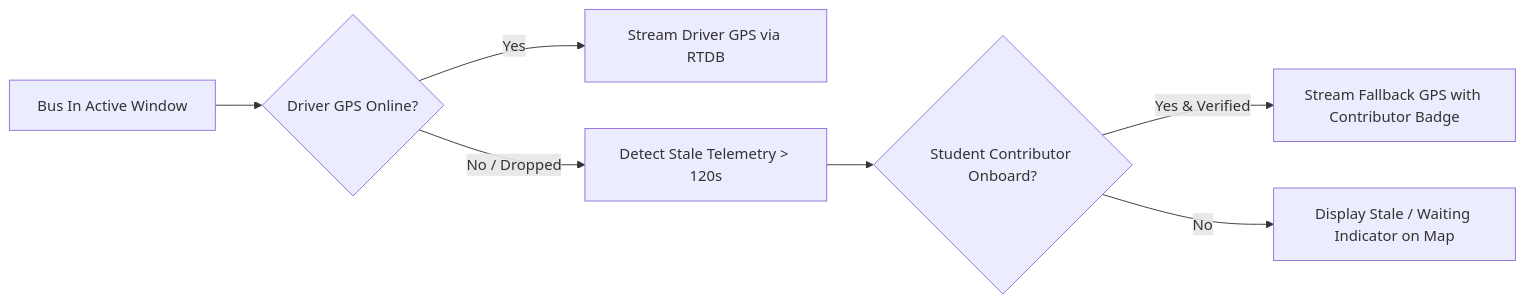
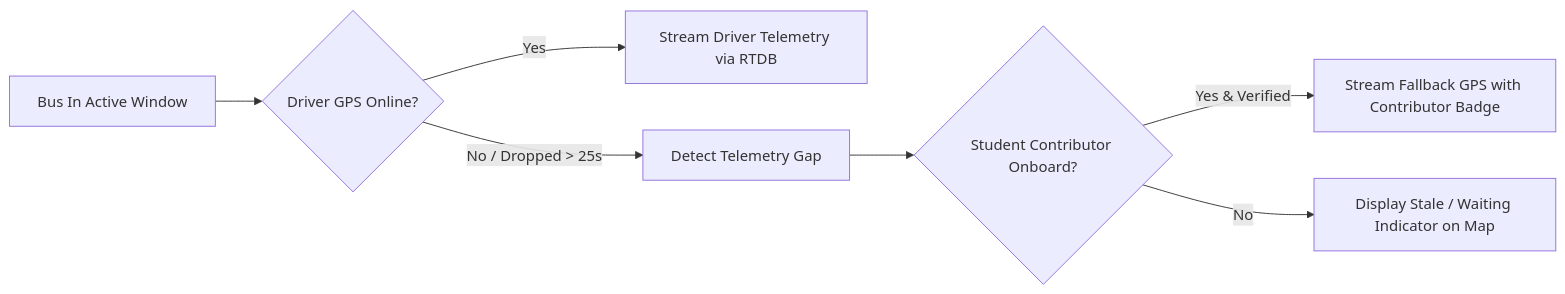
Before and after one commit to bkeshava636-dot/FleetX: the third of 3 diagrams in README.md, drawn with Mermaid. The commit also changed other lines of this file, not shown here.

Commit message:
docs: update README with current features, bus pass scanner, GPS diagnostics, and driver logout safety

````diff
--- a/README.md
+++ b/README.md
@@ -147,9 +182,9 @@
 ```mermaid
 flowchart LR
     A[Bus In Active Window] --> B{Driver GPS Online?}
-    B -->|Yes| C[Stream Driver GPS via RTDB]
-    B -->|No / Dropped| D[Detect Stale Telemetry > 120s]
+    B -->|Yes| C[Stream Driver Telemetry via RTDB]
+    B -->|No / Dropped > 25s| D[Detect Telemetry Gap]
     D --> E{Student Contributor Onboard?}
     E -->|Yes & Verified| F[Stream Fallback GPS with Contributor Badge]
     E -->|No| G[Display Stale / Waiting Indicator on Map]
 ```
````
